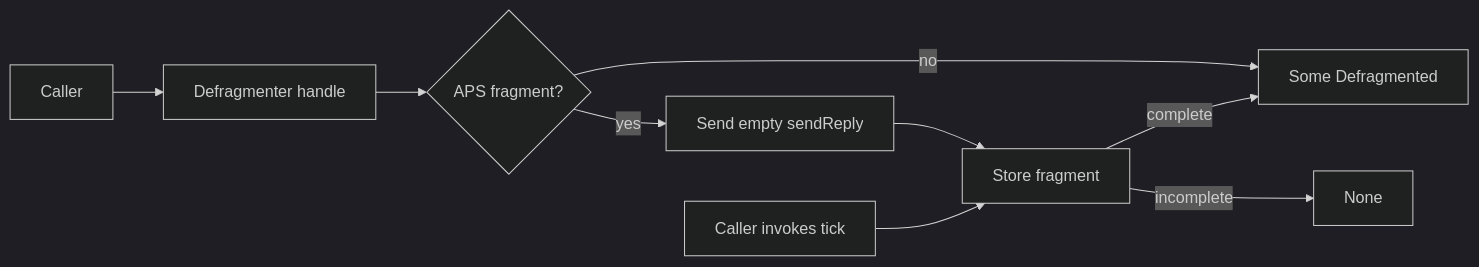
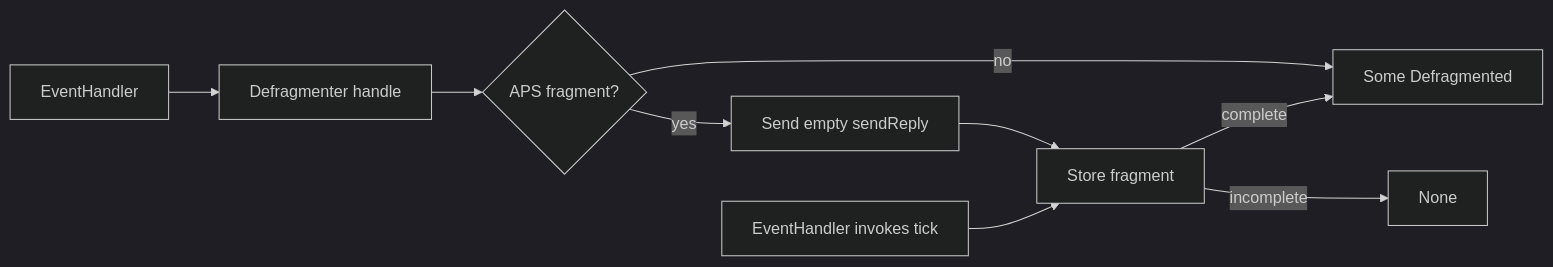
The third of 3 diagrams in ARCHITECTURE.md (PaulmannLighting/ezsp), drawn with Mermaid (dark theme) before and after one commit. The commit also changed other lines of this file and 9 other files, not shown here.

````diff
--- a/ARCHITECTURE.md
+++ b/ARCHITECTURE.md
@@ -199,11 +201,11 @@
 ```mermaid
 flowchart LR
-    caller[Caller] --> handle[Defragmenter handle]
+    eventHandler[EventHandler] --> handle[Defragmenter handle]
     handle --> fragment{APS fragment?}
     fragment -- no --> complete[Some Defragmented]
     fragment -- yes --> reply[Send empty sendReply]
     reply --> reassemble[Store fragment]
     reassemble -- incomplete --> pending[None]
     reassemble -- complete --> complete
-    tick[Caller invokes tick] --> reassemble
+    tick[EventHandler invokes tick] --> reassemble
 ```
````
